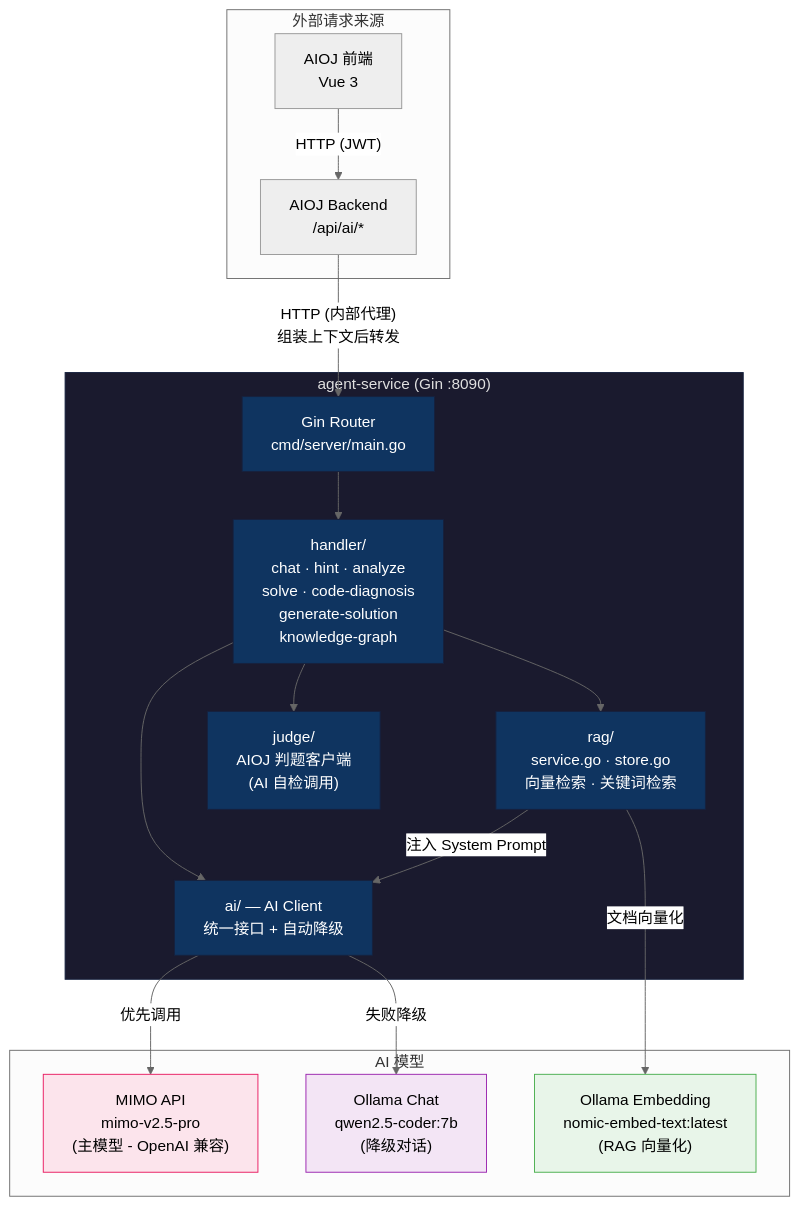
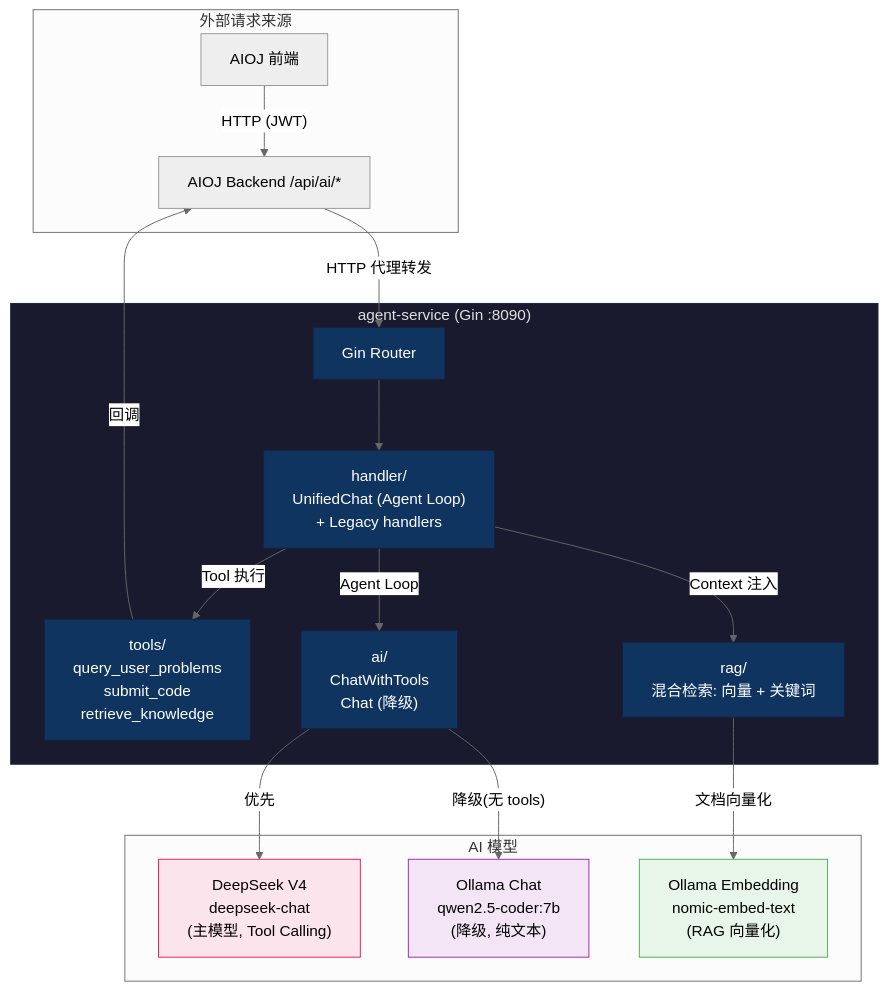
One commit to Yanxueye/AIOJ changed the first of 2 diagrams in agent-service/README.md. Above: the diagram before and after it, drawn with Mermaid (neutral theme). The commit also changed other lines of this file and 45 other files, not shown here.

Commit message:
optimized by songjq & deepseek-v4-pro 优化agent服务架构，自定义ai方法调用

````diff
--- a/agent-service/README.md
+++ b/agent-service/README.md
@@ -28,44 +29,44 @@
 ```mermaid
 graph TB
     subgraph External["外部请求来源"]
-        Frontend["AIOJ 前端<br/>Vue 3"]
-        AIOJBackend["AIOJ Backend<br/>/api/ai/*"]
+        Frontend["AIOJ 前端"]
+        AIOJBackend["AIOJ Backend /api/ai/*"]
     end
 
     Frontend -->|"HTTP (JWT)"| AIOJBackend
-    AIOJBackend -->|"HTTP (内部代理)<br/>组装上下文后转发"| Router
+    AIOJBackend -->|"HTTP 代理转发"| Router
 
     subgraph AgentService["agent-service (Gin :8090)"]
-        Router["Gin Router<br/>cmd/server/main.go"]
-        Handler["handler/<br/>chat · hint · analyze<br/>solve · code-diagnosis<br/>generate-solution<br/>knowledge-graph"]
-        AIClient["ai/ — AI Client<br/>统一接口 + 自动降级"]
-        RAG["rag/<br/>service.go · store.go<br/>向量检索 · 关键词检索"]
-        JudgeClient["judge/<br/>AIOJ 判题客户端<br/>(AI 自检调用)"]
+        Router["Gin Router"]
+        Handler["handler/<br/>UnifiedChat (Agent Loop)<br/>+ Legacy handlers"]
+        Tools["tools/<br/>query_user_problems<br/>submit_code<br/>retrieve_knowledge"]
+        AIClient["ai/<br/>ChatWithTools<br/>Chat (降级)"]
+        RAG["rag/<br/>混合检索: 向量 + 关键词"]
 
         Router --> Handler
-        Handler --> AIClient
-        Handler --> RAG
-        Handler --> JudgeClient
-        RAG -->|"注入 System Prompt"| AIClient
+        Handler -->|"Agent Loop"| AIClient
+        Handler -->|"Tool 执行"| Tools
+        Handler -->|"Context 注入"| RAG
+        Tools -->|"回调"| AIOJBackend
     end
 
     subgraph LLM["AI 模型"]
-        MIMO["MIMO API<br/>mimo-v2.5-pro<br/>(主模型 - OpenAI 兼容)"]
-        OllamaChat["Ollama Chat<br/>qwen2.5-coder:7b<br/>(降级对话)"]
-        OllamaEmb["Ollama Embedding<br/>nomic-embed-text:latest<br/>(RAG 向量化)"]
+        DeepSeek["DeepSeek V4<br/>deepseek-chat<br/>(主模型, Tool Calling)"]
+        OllamaChat["Ollama Chat<br/>qwen2.5-coder:7b<br/>(降级, 纯文本)"]
+        OllamaEmb["Ollama Embedding<br/>nomic-embed-text<br/>(RAG 向量化)"]
     end
 
-    AIClient -->|"优先调用"| MIMO
-    AIClient -->|"失败降级"| OllamaChat
+    AIClient -->|"优先"| DeepSeek
+    AIClient -->|"降级(无 tools)"| OllamaChat
     RAG -->|"文档向量化"| OllamaEmb
 
     style AgentService fill:#1a1a2e,stroke:#16213e,color:#e0e0e0
     style Router fill:#0f3460,stroke:#16213e,color:#fff
     style Handler fill:#0f3460,stroke:#16213e,color:#fff
+    style Tools fill:#0f3460,stroke:#16213e,color:#fff
     style AIClient fill:#0f3460,stroke:#16213e,color:#fff
     style RAG fill:#0f3460,stroke:#16213e,color:#fff
-    style JudgeClient fill:#0f3460,stroke:#16213e,color:#fff
-    style MIMO fill:#fce4ec,stroke:#e91e63
+    style DeepSeek fill:#fce4ec,stroke:#e91e63
     style OllamaChat fill:#f3e5f5,stroke:#9c27b0
     style OllamaEmb fill:#e8f5e9,stroke:#4caf50
 ```
````
